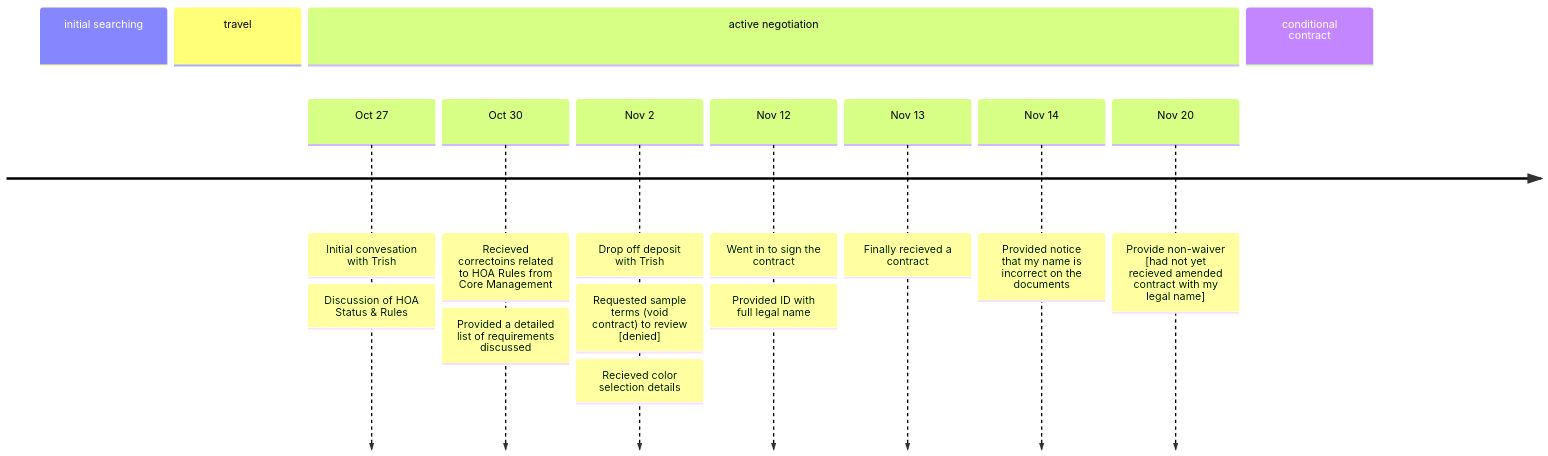
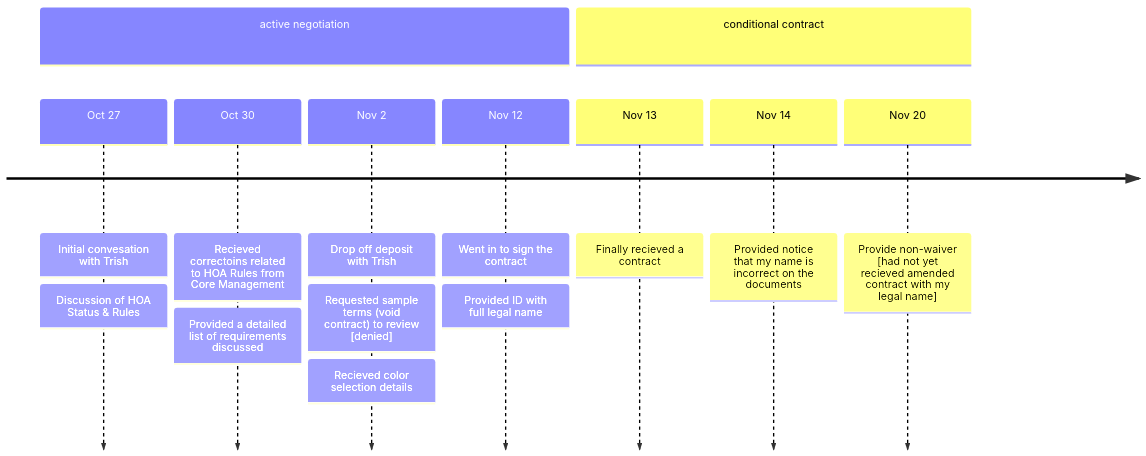
The diagram in _uploads/timeline.mermaid (sparksis/lanark.house), drawn with Mermaid before and after one commit.

```diff
--- a/_uploads/timeline.mermaid
+++ b/_uploads/timeline.mermaid
@@ -1,17 +1,15 @@
 timeline
-    section initial searching
-    section travel
     section active negotiation
         Oct 27  : Initial convesation with Trish
                 : Discussion of HOA Status & Rules
         Oct 30  : Recieved correctoins related to HOA Rules from Core Management
                 : Provided a detailed list of requirements discussed
         Nov 2   : Drop off deposit with Trish
                 : Requested sample terms (void contract) to review [denied]
                 : Recieved color selection details
         Nov 12  : Went in to sign the contract
                 : Provided ID with full legal name
+    section conditional contract
         Nov 13  : Finally recieved a contract
         Nov 14  : Provided notice that my name is incorrect on the documents
         Nov 20  : Provide non-waiver [had not yet recieved amended contract with my legal name]
-    section conditional contract
```
